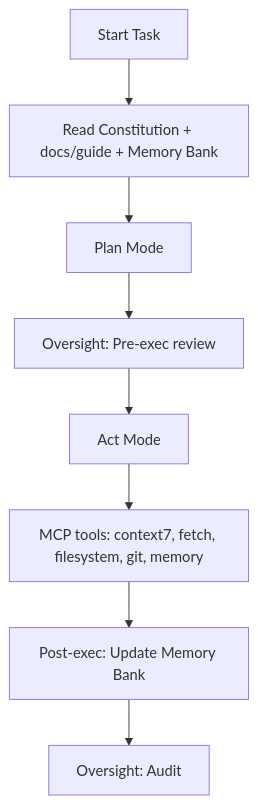
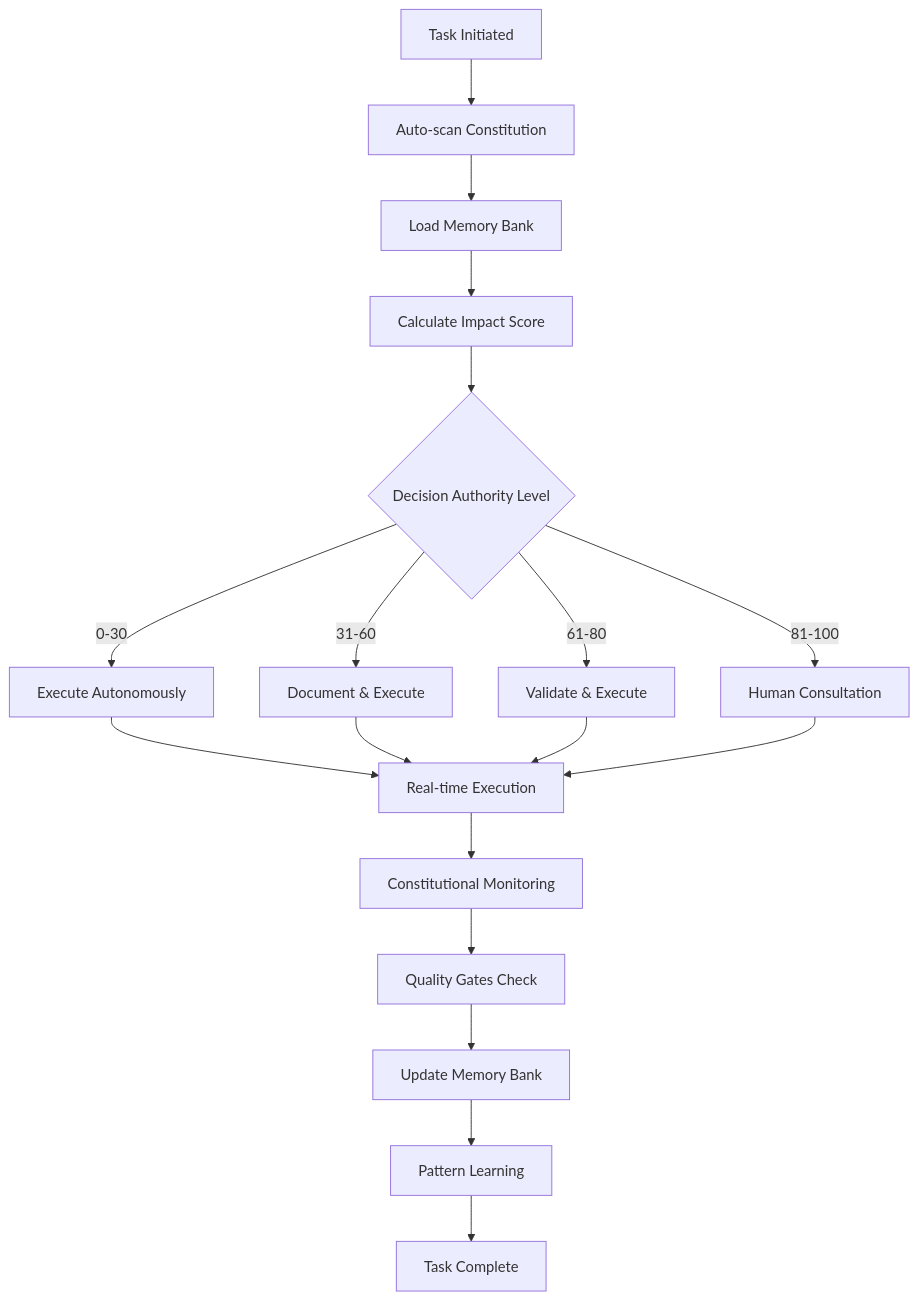
One commit to Gaurav-Wankhede/AegisIDE changed the diagram in README.md. Above: the diagram before and after it, drawn with Mermaid. The commit also changed other lines of this file and 13 other files, not shown here.

````diff
--- a/README.md
+++ b/README.md
@@ -51,10 +273,23 @@
 ```mermaid
 flowchart TD
-    Start[Start Task] --> Pre[Read Constitution + docs/guide + Memory Bank]
-    Pre --> Plan[Plan Mode]
-    Plan --> OversightPre[Oversight: Pre-exec review]
-    OversightPre --> Act[Act Mode]
-    Act --> Tools[MCP tools: context7, fetch, filesystem, git, memory]
-    Tools --> Post[Post-exec: Update Memory Bank]
-    Post --> OversightPost[Oversight: Audit]
+    Start[Task Initiated] --> Constitutional[Auto-scan Constitution]
+    Constitutional --> Memory[Load Memory Bank]
+    Memory --> Impact[Calculate Impact Score]
+    Impact --> Authority{Decision Authority Level}
+    
+    Authority -->|0-30| Auto[Execute Autonomously]
+    Authority -->|31-60| Doc[Document & Execute]  
+    Authority -->|61-80| Val[Validate & Execute]
+    Authority -->|81-100| Human[Human Consultation]
+    
+    Auto --> Execute[Real-time Execution]
+    Doc --> Execute
+    Val --> Execute
+    Human --> Execute
+    
+    Execute --> Monitor[Constitutional Monitoring]
+    Monitor --> Quality[Quality Gates Check]
+    Quality --> Update[Update Memory Bank]
+    Update --> Learn[Pattern Learning]
+    Learn --> Complete[Task Complete]
 ```
````
